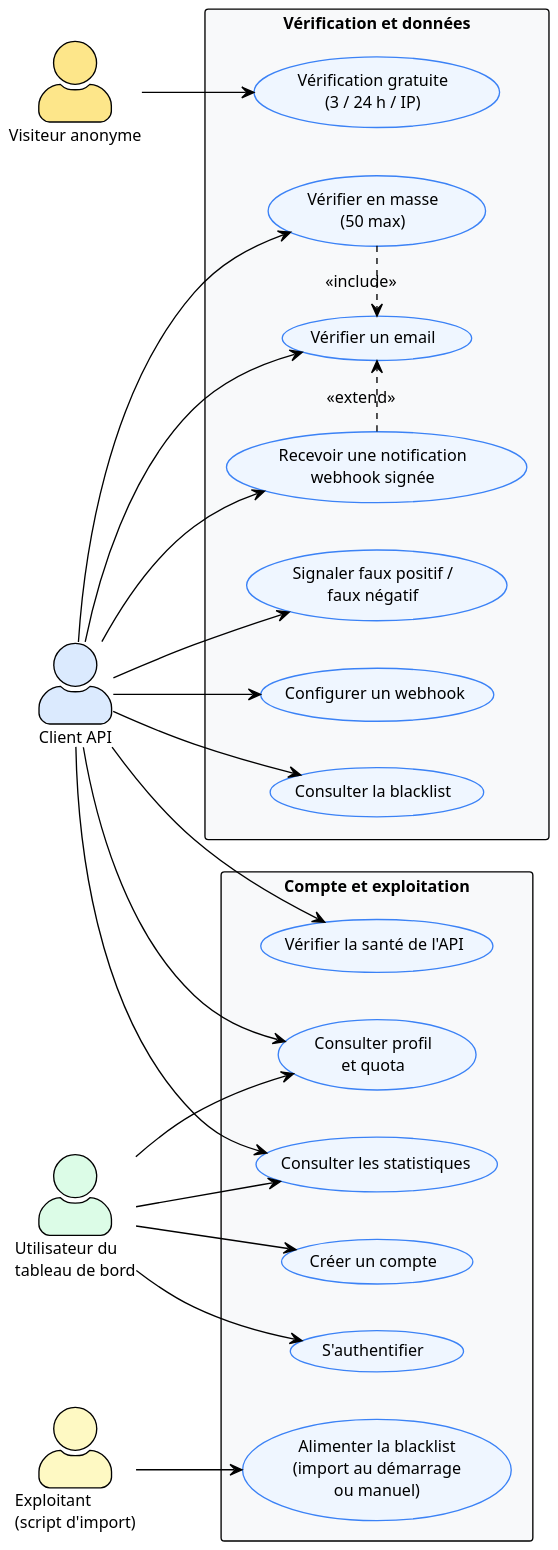
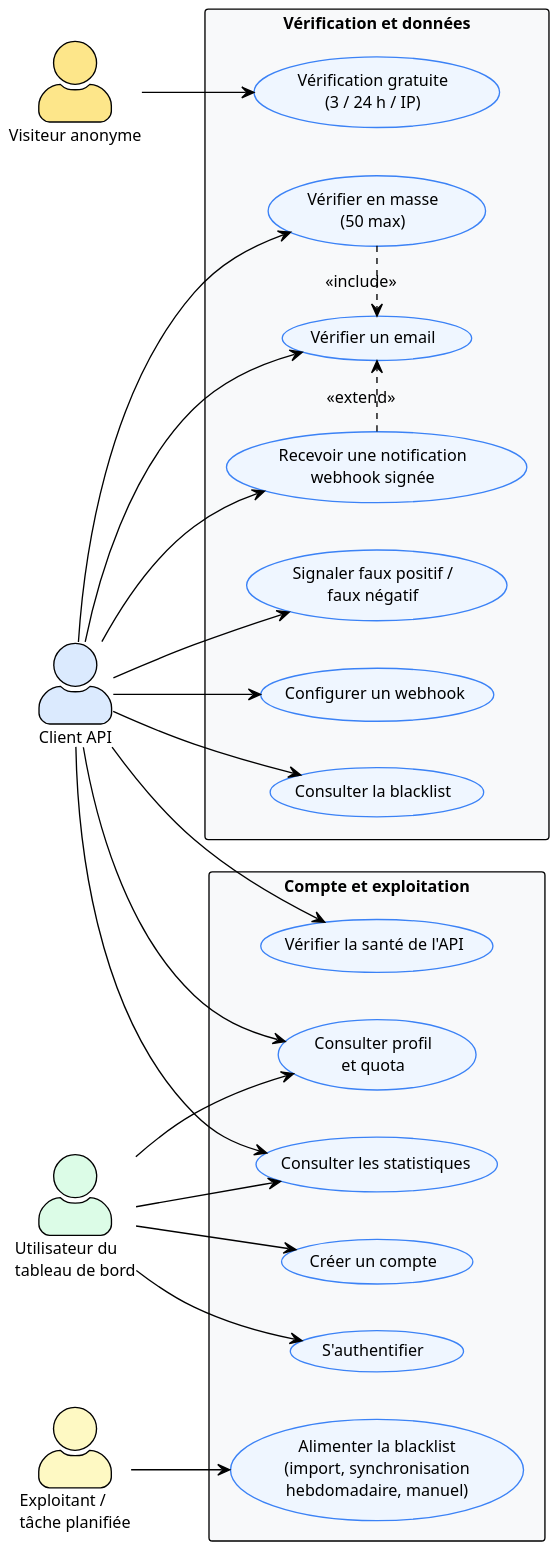
Before and after one commit to gassops/mailguard-pfe: the diagram in ArchitectureTechnique/v2/cas-usage-global.puml, drawn with PlantUML. The commit also changed 55 other files, not shown here.

```diff
--- a/ArchitectureTechnique/v2/cas-usage-global.puml
+++ b/ArchitectureTechnique/v2/cas-usage-global.puml
@@ -1,52 +1,52 @@
 @startuml cas-usage-global
 !theme plain
 skinparam backgroundColor #FFFFFF
 skinparam defaultFontName Arial
 skinparam defaultFontSize 12
 skinparam dpi 150
 skinparam shadowing false
 left to right direction
 skinparam actorStyle awesome
 skinparam usecase {
   BackgroundColor #EFF6FF
   BorderColor #3B82F6
 }
 actor "Client API" as client #DBEAFE
 actor "Utilisateur du\ntableau de bord" as user #DCFCE7
 actor "Visiteur anonyme" as visitor #FDE68A
-actor "Exploitant\n(script d'import)" as cron #FEF9C3
+actor "Exploitant /\ntâche planifiée" as cron #FEF9C3
 rectangle "Vérification et données" #F8F9FA {
   usecase "Vérifier un email" as uc1
   usecase "Vérifier en masse\n(50 max)" as uc2
   usecase "Vérification gratuite\n(3 / 24 h / IP)" as uc3
   usecase "Signaler faux positif /\nfaux négatif" as uc8
   usecase "Configurer un webhook" as uc9
   usecase "Recevoir une notification\nwebhook signée" as uc10
   usecase "Consulter la blacklist" as uc11
 }
 rectangle "Compte et exploitation" #F8F9FA {
   usecase "Créer un compte" as uc4
   usecase "S'authentifier" as uc5
   usecase "Consulter profil\net quota" as uc6
   usecase "Consulter les statistiques" as uc7
   usecase "Vérifier la santé de l'API" as uc12
-  usecase "Alimenter la blacklist\n(import au démarrage\nou manuel)" as uc13
+  usecase "Alimenter la blacklist\n(import, synchronisation\nhebdomadaire, manuel)" as uc13
 }
 client --> uc1
 client --> uc2
 client --> uc6
 client --> uc7
 client --> uc8
 client --> uc9
 client --> uc11
 client --> uc12
 client --> uc10
 user --> uc4
 user --> uc5
 user --> uc6
 user --> uc7
 visitor --> uc3
 cron --> uc13
 uc2 .> uc1 : <<include>>
 uc10 .> uc1 : <<extend>>
 @enduml
```
